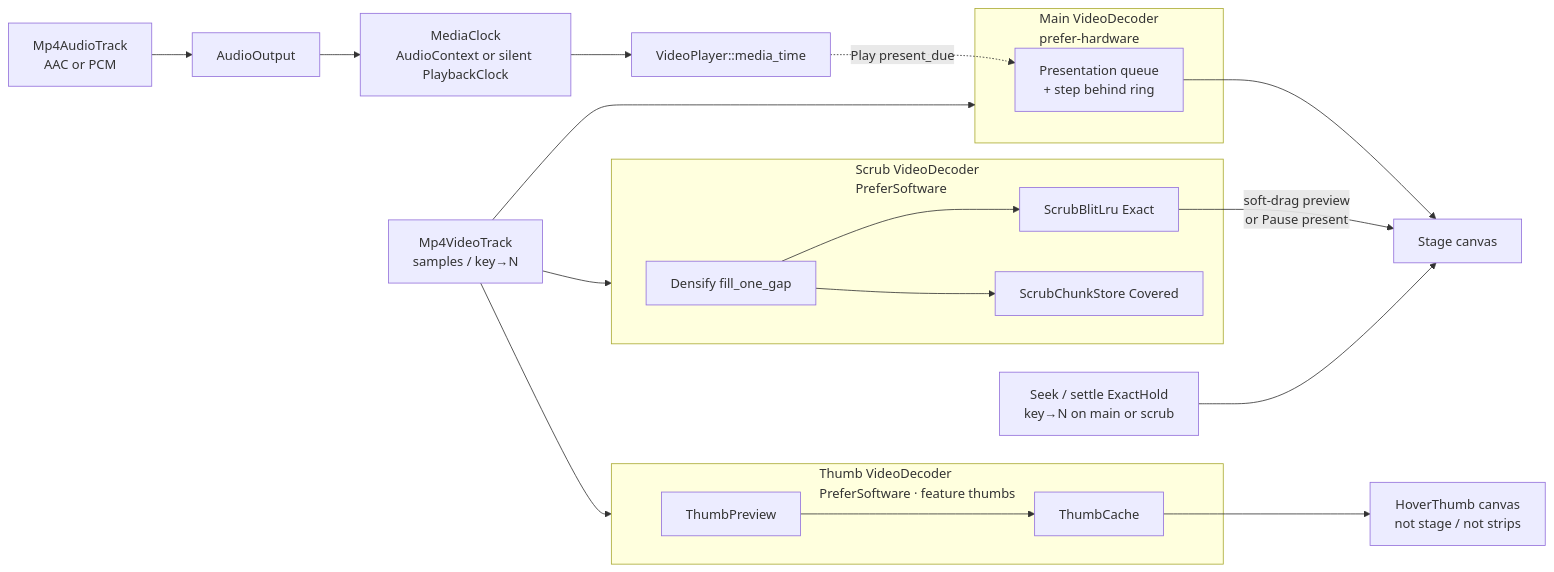
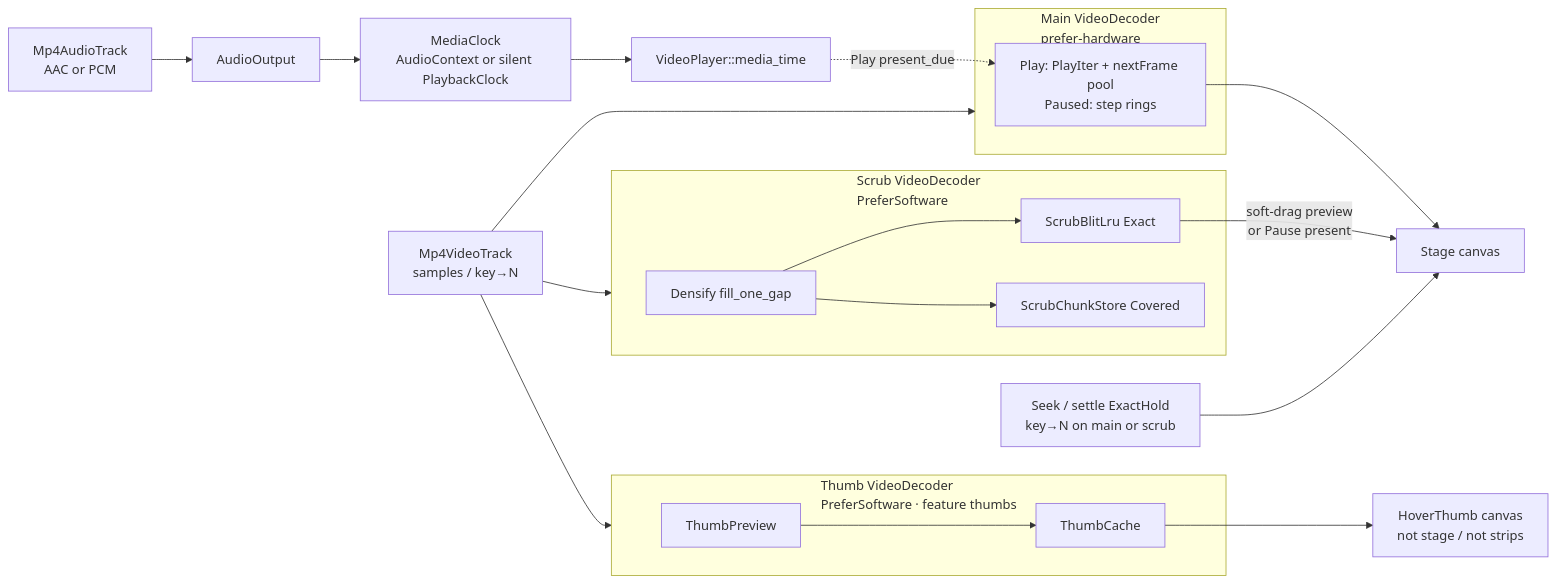
Before and after one commit to alexantoshuk/fpmedia-web: the first of 4 diagrams in .ai/architecture.md, drawn with Mermaid. The commit also changed other lines of this file and 30 other files, not shown here.

````diff
--- a/.ai/architecture.md
+++ b/.ai/architecture.md
@@ -146,29 +148,29 @@
 ```mermaid
 flowchart LR
   subgraph main["Main VideoDecoder<br/>prefer-hardware"]
-    PQ["Presentation queue<br/>+ step behind ring"]
+    PQ["Play: PlayIter + nextFrame pool<br/>Paused: step rings"]
   end
   subgraph scrub["Scrub VideoDecoder<br/>PreferSoftware"]
     DEN["Densify fill_one_gap"]
     EX["ScrubBlitLru Exact"]
     CV["ScrubChunkStore Covered"]
     DEN --> EX
     DEN --> CV
   end
   subgraph thumb["Thumb VideoDecoder<br/>PreferSoftware · feature thumbs"]
     TP["ThumbPreview"]
     TC["ThumbCache"]
     TP --> TC
   end
   SRC["Mp4VideoTrack<br/>samples / key→N"] --> main
   SRC --> scrub
   SRC --> thumb
   ASRC["Mp4AudioTrack<br/>AAC or PCM"] --> AOUT["AudioOutput"]
   AOUT --> CLK["MediaClock<br/>AudioContext or silent PlaybackClock"]
   CLK --> MT["VideoPlayer::media_time"]
   MT -.->|"Play present_due"| PQ
   PQ --> CANVAS["Stage canvas"]
   EX -->|"soft-drag preview<br/>or Pause present"| CANVAS
   SEEK["Seek / settle ExactHold<br/>key→N on main or scrub"] --> CANVAS
   TC --> HOVER["HoverThumb canvas<br/>not stage / not strips"]
 ```
````
